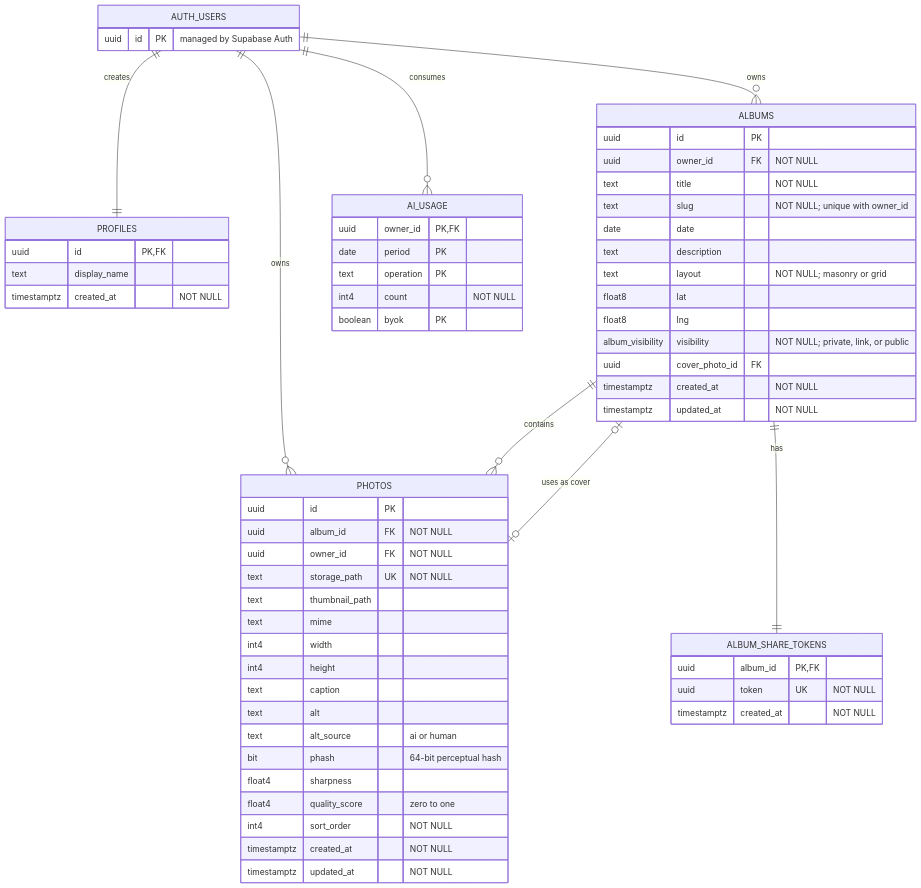
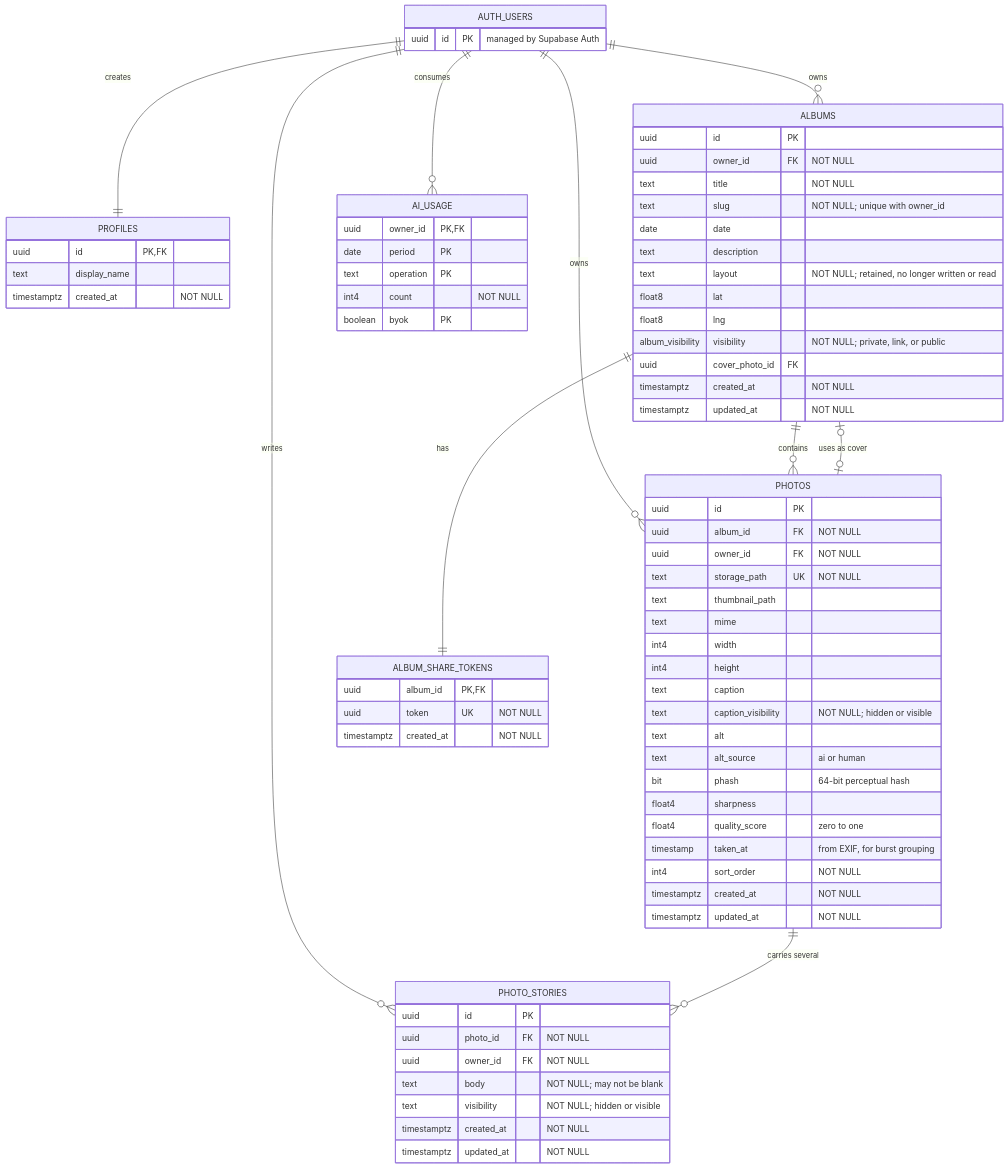
The second of 3 diagrams in docs/project-structure.md (Elizabeth1979/albums-studio), drawn with Mermaid before and after one commit. The commit also changed other lines of this file and 4 other files, not shown here.

```diff
--- a/docs/project-structure.md
+++ b/docs/project-structure.md
@@ -86,10 +131,12 @@
     AUTH_USERS ||--|| PROFILES : creates
     AUTH_USERS ||--o{ ALBUMS : owns
     AUTH_USERS ||--o{ PHOTOS : owns
+    AUTH_USERS ||--o{ PHOTO_STORIES : writes
     AUTH_USERS ||--o{ AI_USAGE : consumes
     ALBUMS ||--o{ PHOTOS : contains
     ALBUMS ||--|| ALBUM_SHARE_TOKENS : has
     ALBUMS o|--o| PHOTOS : "uses as cover"
+    PHOTOS ||--o{ PHOTO_STORIES : "carries several"
 
     AUTH_USERS {
         uuid id PK "managed by Supabase Auth"
@@ -108,7 +155,7 @@
         text slug "NOT NULL; unique with owner_id"
         date date
         text description
-        text layout "NOT NULL; masonry or grid"
+        text layout "NOT NULL; retained, no longer written or read"
         float8 lat
         float8 lng
         album_visibility visibility "NOT NULL; private, link, or public"
@@ -127,12 +174,24 @@
         int4 width
         int4 height
         text caption
+        text caption_visibility "NOT NULL; hidden or visible"
         text alt
         text alt_source "ai or human"
         bit phash "64-bit perceptual hash"
         float4 sharpness
         float4 quality_score "zero to one"
+        timestamp taken_at "from EXIF, for burst grouping"
         int4 sort_order "NOT NULL"
+        timestamptz created_at "NOT NULL"
+        timestamptz updated_at "NOT NULL"
+    }
+
+    PHOTO_STORIES {
+        uuid id PK
+        uuid photo_id FK "NOT NULL"
+        uuid owner_id FK "NOT NULL"
+        text body "NOT NULL; may not be blank"
+        text visibility "NOT NULL; hidden or visible"
         timestamptz created_at "NOT NULL"
         timestamptz updated_at "NOT NULL"
     }
```
